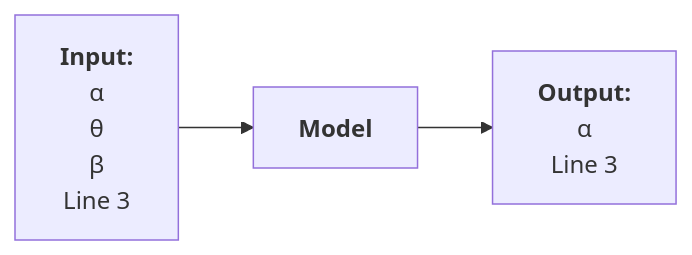
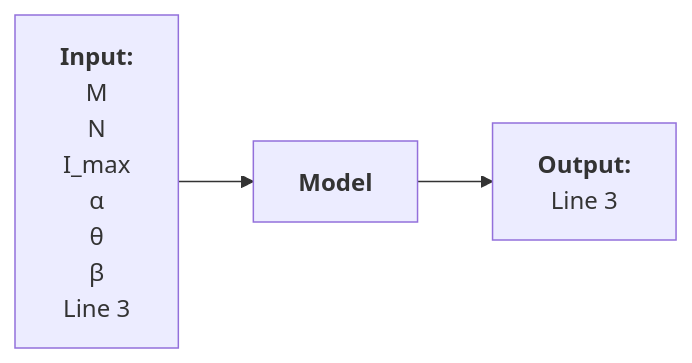
Before and after one commit to bmw-ece-ntust/wilfrid-prach-attack-analysis: the third of 3 diagrams in docs/20250307 Thesis (PRACH Attack Problem Definition).md, drawn with Mermaid. The commit also changed other lines of this file, not shown here.

````diff
--- a/docs/20250307 Thesis (PRACH Attack Problem Definition).md
+++ b/docs/20250307 Thesis (PRACH Attack Problem Definition).md
@@ -192,13 +196,16 @@
 ```mermaid
 flowchart LR
     input["`**Input:**
+    M
+    N
+    I_max
     α
     θ
     β
     Line 3`"]
     process["`**Model**`"]
     output["`**Output:**
-    α
+    
     Line 3`"]
     input --> process --> output
 ```
````
